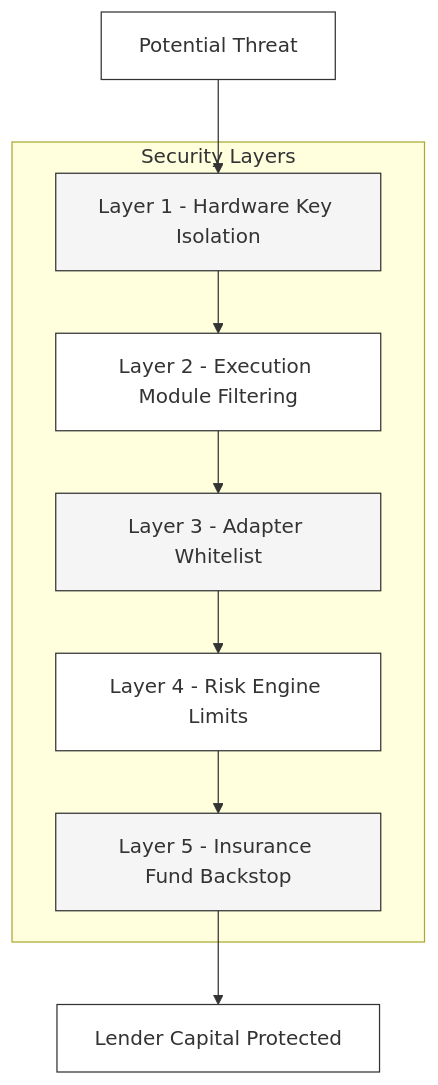
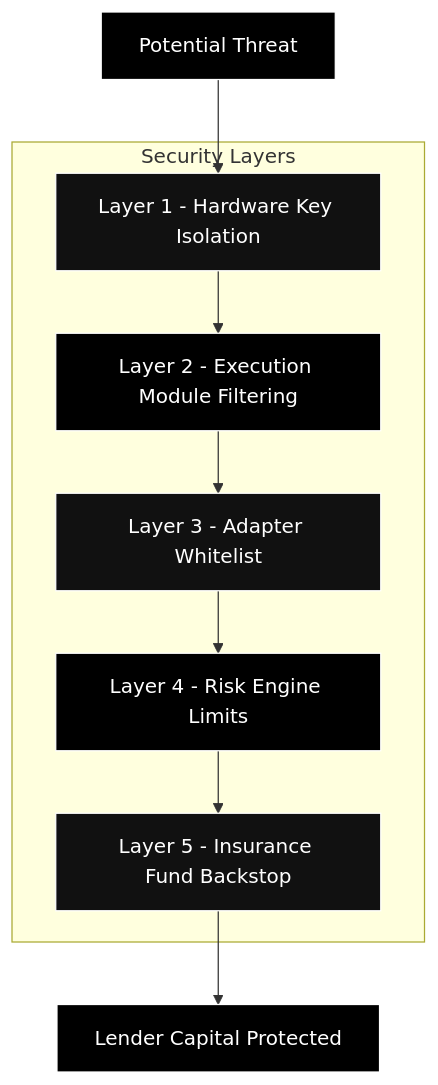
One commit to TRECC-eth/docs changed the first of 2 diagrams in concepts/security.mdx. Above: the diagram before and after it, drawn with Mermaid. The commit also changed 12 other files, not shown here.

Commit message:
changed diagram colours

````diff
--- a/concepts/security.mdx
+++ b/concepts/security.mdx
@@ -19,20 +19,20 @@
 ```mermaid
 graph TD
     THREAT[Potential Threat] --> L1
     subgraph Layers ["Security Layers"]
         L1[Layer 1 - Hardware Key Isolation]
         L1 --> L2[Layer 2 - Execution Module Filtering]
         L2 --> L3[Layer 3 - Adapter Whitelist]
         L3 --> L4[Layer 4 - Risk Engine Limits]
         L4 --> L5[Layer 5 - Insurance Fund Backstop]
     end
     L5 --> SAFE[Lender Capital Protected]
 
-    style THREAT fill:#ffffff,stroke:#333333
-    style L1 fill:#f5f5f5,stroke:#333333
-    style L2 fill:#ffffff,stroke:#333333
-    style L3 fill:#f5f5f5,stroke:#333333
-    style L4 fill:#ffffff,stroke:#333333
-    style L5 fill:#f5f5f5,stroke:#333333
-    style SAFE fill:#ffffff,stroke:#333333
+    style THREAT fill:#000000,stroke:#ffffff,color:#ffffff
+    style L1 fill:#111111,stroke:#ffffff,color:#ffffff
+    style L2 fill:#000000,stroke:#ffffff,color:#ffffff
+    style L3 fill:#111111,stroke:#ffffff,color:#ffffff
+    style L4 fill:#000000,stroke:#ffffff,color:#ffffff
+    style L5 fill:#111111,stroke:#ffffff,color:#ffffff
+    style SAFE fill:#000000,stroke:#ffffff,color:#ffffff
 ```
````
